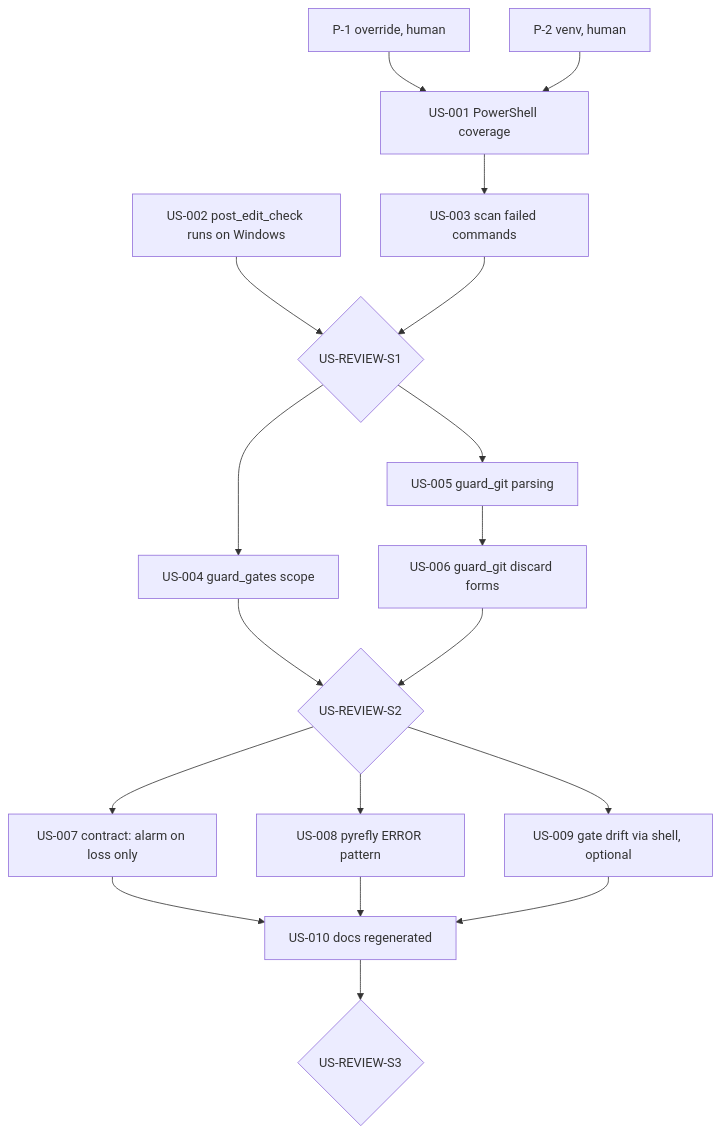
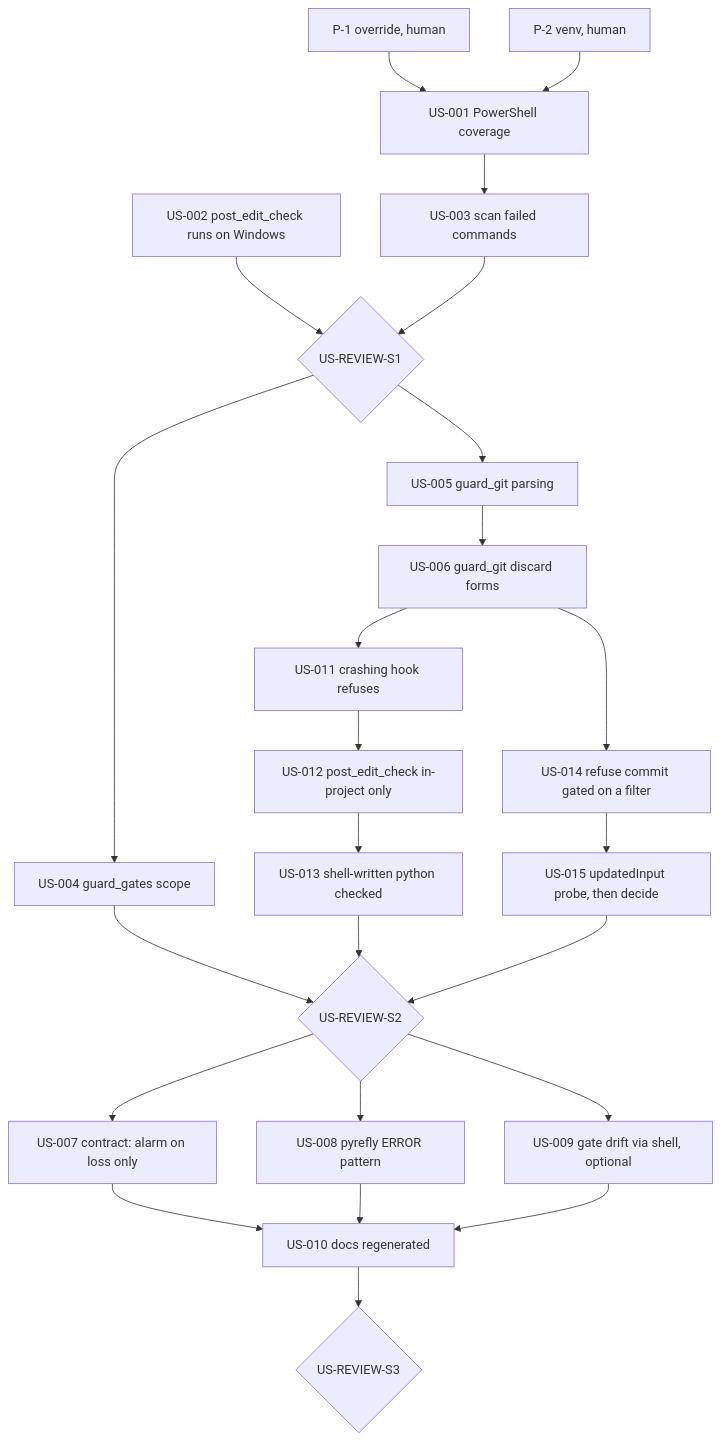
The diagram in PRD_HARNESS_HARDENING.md (williamp44/workorder-tracker), drawn with Mermaid before and after one commit. The commit also changed other lines of this file, not shown here.

````diff
--- a/PRD_HARNESS_HARDENING.md
+++ b/PRD_HARNESS_HARDENING.md
@@ -123,20 +123,26 @@
 ```mermaid
 graph TD
   P1[P-1 override, human] --> US001
   P2[P-2 venv, human] --> US001
   US001[US-001 PowerShell coverage] --> US003[US-003 scan failed commands]
   US002[US-002 post_edit_check runs on Windows] --> RS1{US-REVIEW-S1}
   US003 --> RS1
   RS1 --> US004[US-004 guard_gates scope]
   RS1 --> US005[US-005 guard_git parsing]
   US005 --> US006[US-006 guard_git discard forms]
+  US006 --> US011[US-011 crashing hook refuses]
+  US011 --> US012[US-012 post_edit_check in-project only]
+  US012 --> US013[US-013 shell-written python checked]
+  US006 --> US014[US-014 refuse commit gated on a filter]
+  US014 --> US015[US-015 updatedInput probe, then decide]
   US004 --> RS2{US-REVIEW-S2}
-  US006 --> RS2
+  US013 --> RS2
+  US015 --> RS2
   RS2 --> US007[US-007 contract: alarm on loss only]
   RS2 --> US008[US-008 pyrefly ERROR pattern]
   RS2 --> US009[US-009 gate drift via shell, optional]
   US007 --> US010[US-010 docs regenerated]
   US008 --> US010
   US009 --> US010
   US010 --> RS3{US-REVIEW-S3}
 ```
````
